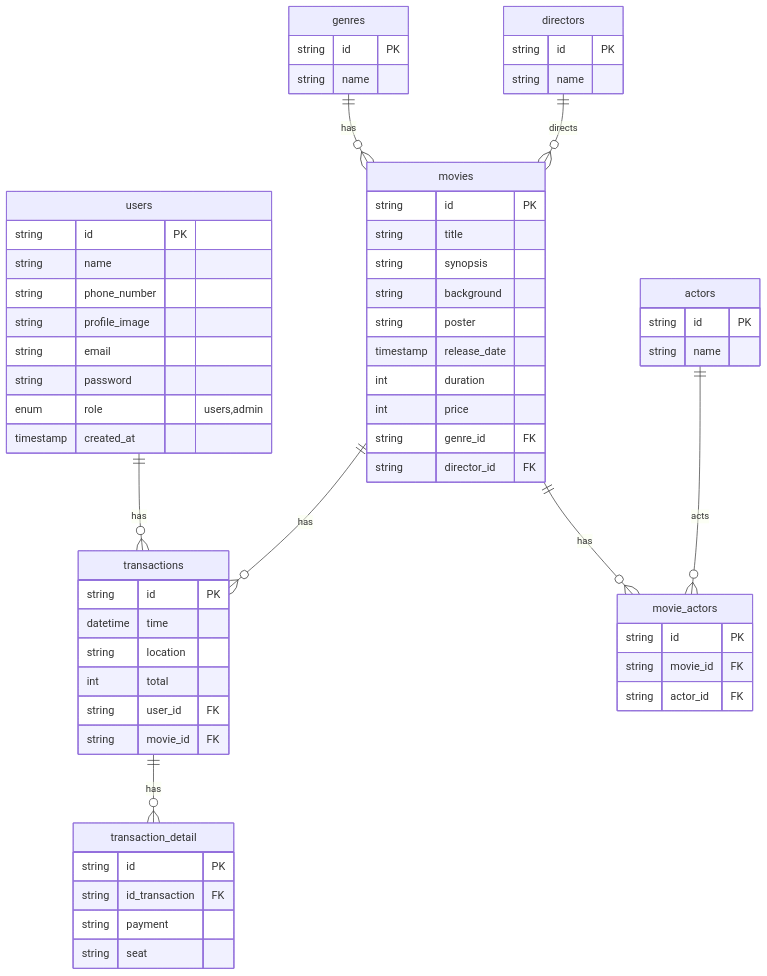
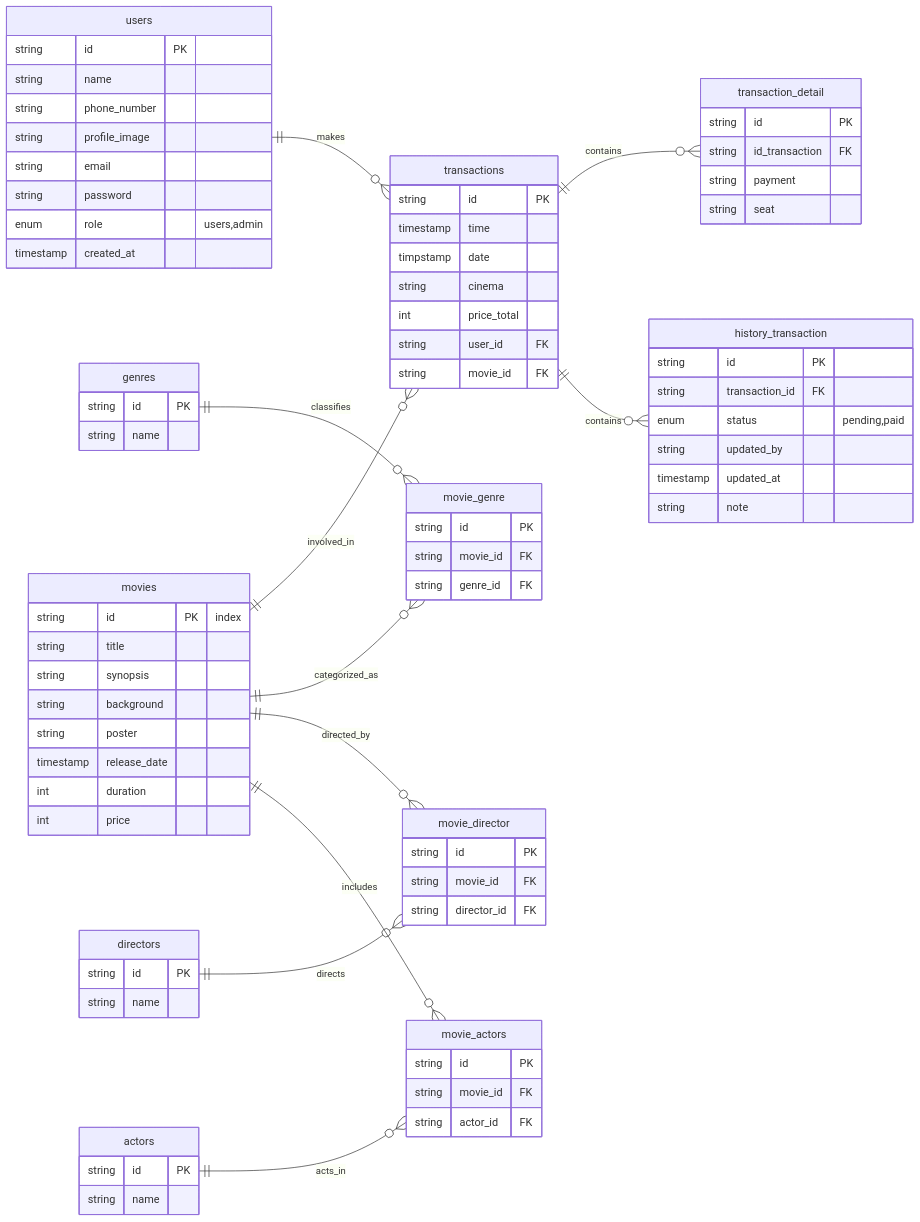
The diagram in readme.md (HN721/fgo24-db-weeklytask), drawn with Mermaid before and after one commit. The commit also changed 1 other file, not shown here.

Commit message:
feat: create sql table for tickitz

````diff
--- a/readme.md
+++ b/readme.md
@@ -3,13 +3,24 @@
 ```mermaid
 erDiagram
-    users ||--o{ transactions : has
-    movies ||--o{ transactions : has
-    genres ||--o{ movies : has
-    directors ||--o{ movies : directs
-    actors ||--o{ movie_actors : acts
-    movies ||--o{ movie_actors : has
-    transactions || --o{ transaction_detail :has
+direction LR
+    users ||--o{ transactions : makes
 
+    transactions ||--o{ transaction_detail : contains
+    transactions ||--o{ history_transaction : contains
+
+    movies ||--o{ transactions : involved_in
+
+
+    movies ||--o{ movie_genre : categorized_as
+    genres ||--o{ movie_genre : classifies
+
+    %% MOVIES dan DIRECTORS (many-to-many)
+    movies ||--o{ movie_director : directed_by
+    directors ||--o{ movie_director : directs
+
+
+    movies ||--o{ movie_actors : includes
+    actors ||--o{ movie_actors : acts_in
     users {
         string id PK
         string name
@@ -22,7 +33,7 @@
     }
 
     movies {
-        string id PK
+        string id PK "index"
         string title
         string synopsis
         string background
@@ -30,15 +41,15 @@
         timestamp release_date
         int duration
         int price
-        string genre_id FK
-        string director_id FK
+
     }
 
     transactions {
         string id PK
-        datetime time
-        string location
-        int total
+        timestamp time
+        timpstamp date
+        string cinema
+        int price_total
         string user_id FK
         string movie_id FK
     }
@@ -70,6 +81,22 @@
         string movie_id FK
         string actor_id FK
     }
-
+      movie_genre {
+        string id PK
+        string movie_id FK
+        string genre_id FK
+    }
+      movie_director {
+        string id PK
+        string movie_id FK
+        string director_id FK
+    }
+     history_transaction{   string id PK
+        string transaction_id FK
+        enum status "pending,paid"
+        string updated_by
+        timestamp updated_at
+        string note
+    }
 
 ```
````
